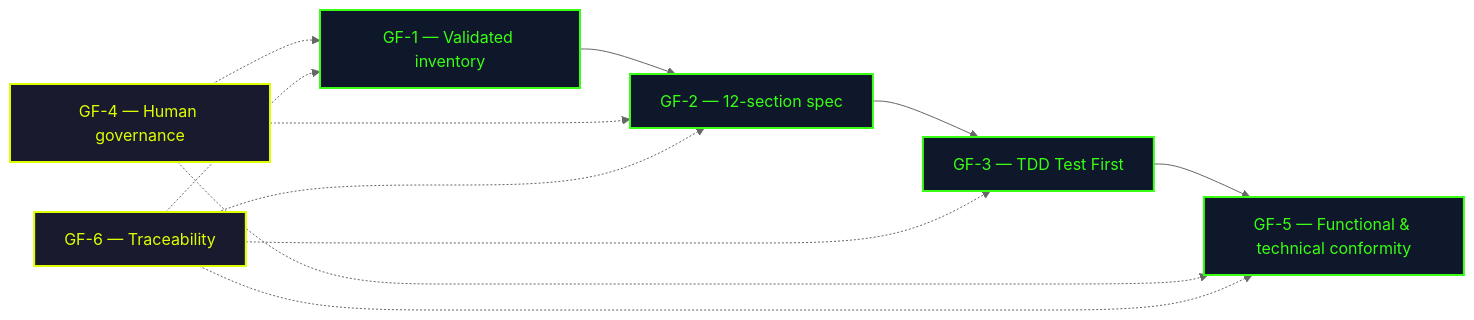
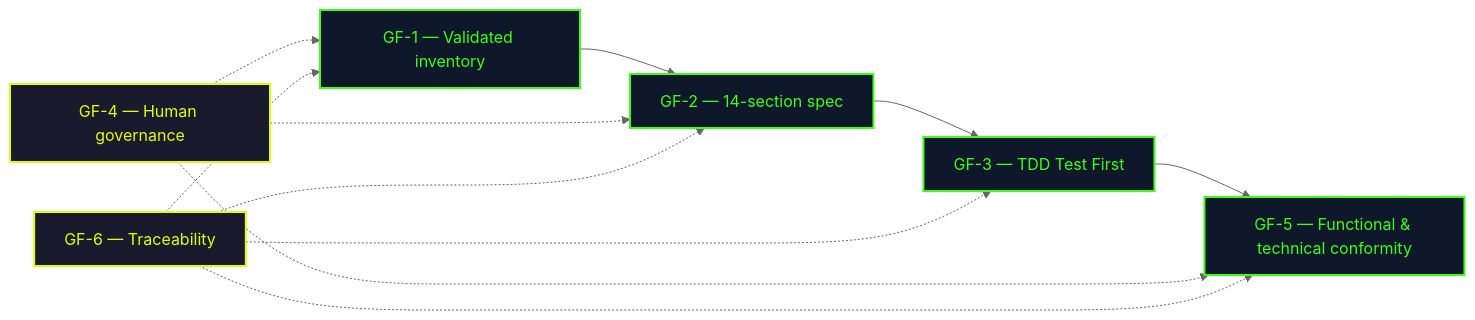
The first of 15 diagrams in docs/en/guide/methodology.md (fondative/claude-code-ecosystem), drawn with Mermaid (neutral theme) before and after one commit. The commit also changed other lines of this file and 395 other files, not shown here.

````diff
--- a/docs/en/guide/methodology.md
+++ b/docs/en/guide/methodology.md
@@ -41,24 +41,24 @@
 ```mermaid
 graph LR
     GF1["GF-1 — Validated inventory"]
-    GF2["GF-2 — 12-section spec"]
+    GF2["GF-2 — 14-section spec"]
     GF3["GF-3 — TDD Test First"]
     GF4["GF-4 — Human governance"]
     GF5["GF-5 — Functional & technical conformity"]
     GF6["GF-6 — Traceability"]
 
     GF1 --> GF2 --> GF3 --> GF5
     GF4 -.-> GF1
     GF4 -.-> GF2
     GF4 -.-> GF5
     GF6 -.-> GF1
     GF6 -.-> GF2
     GF6 -.-> GF3
     GF6 -.-> GF5
 
     classDef seq fill:#0f172a,stroke:#39ff14,stroke-width:2px,color:#39ff14
     classDef transversal fill:#1a1a2e,stroke:#ddff00,stroke-width:2px,color:#ddff00
 
     class GF1,GF2,GF3,GF5 seq
     class GF4,GF6 transversal
 ```
````
